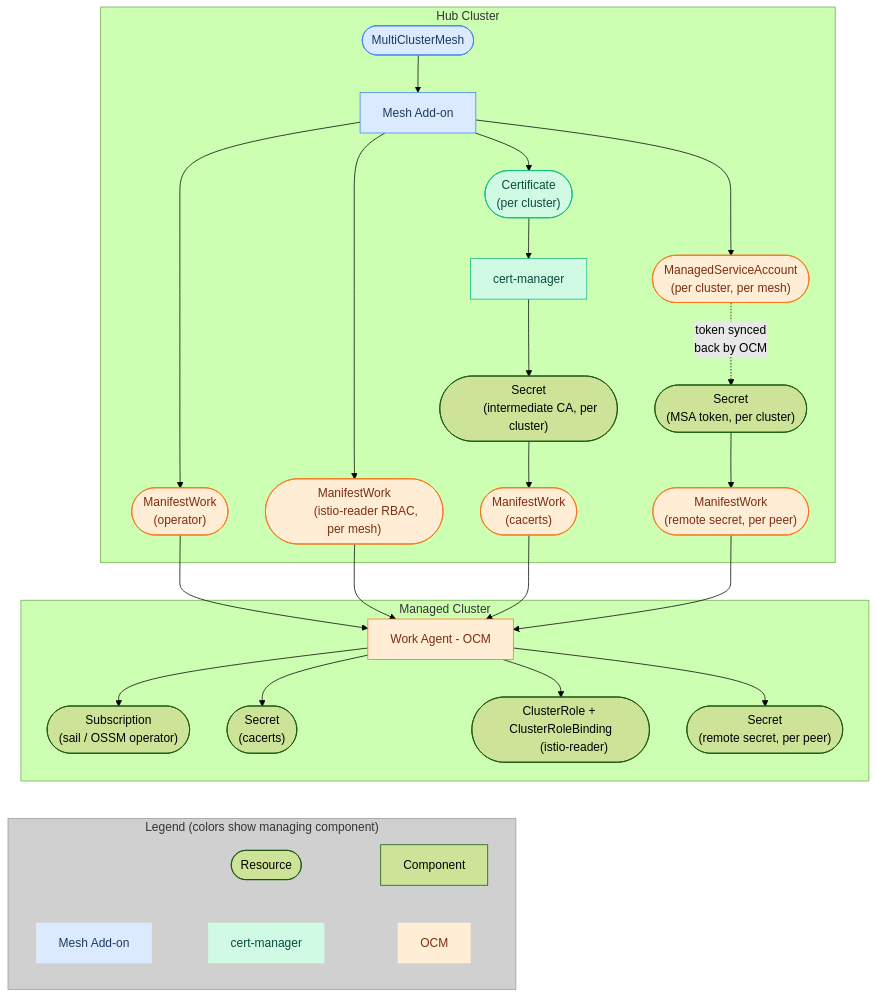
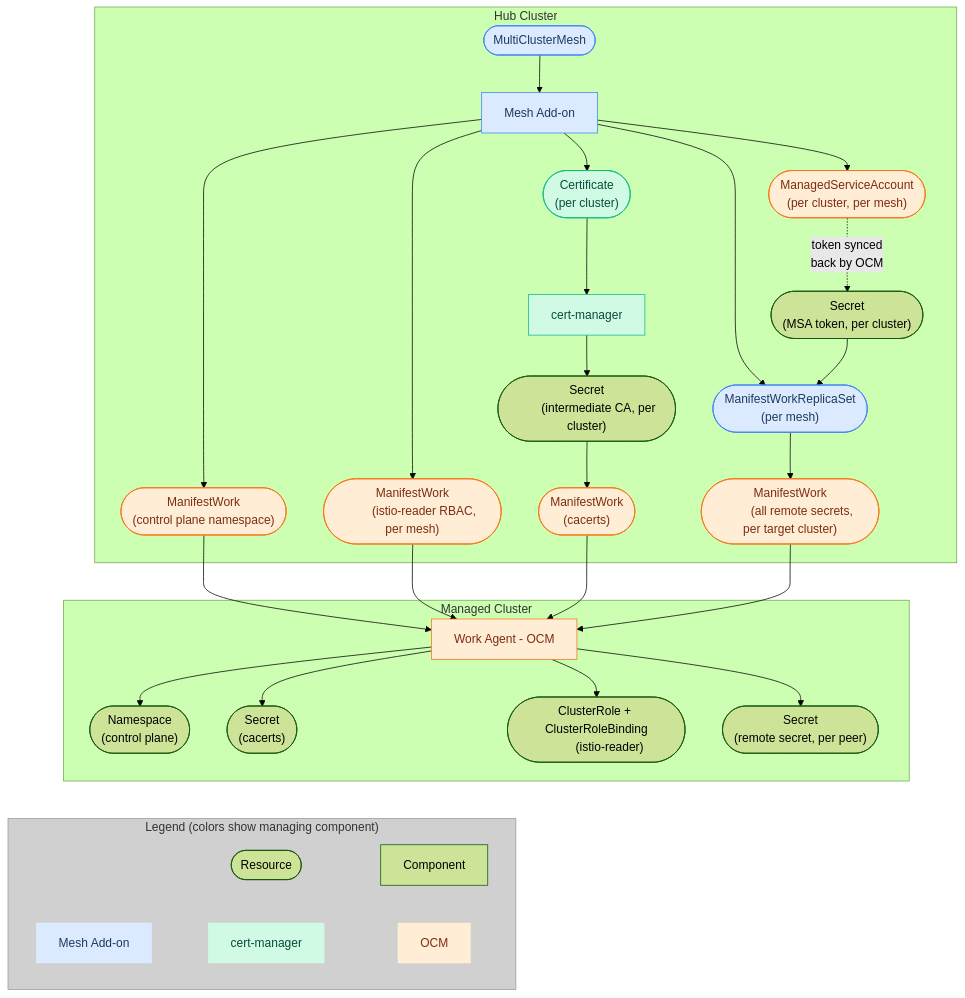
The diagram in docs/dev/design.md (stolostron/multicluster-mesh-addon), drawn with Mermaid (forest theme) before and after one commit. The commit also changed other lines of this file and 44 other files, not shown here.

First line of the commit message:
Use PlacementRef for multicluster mesh cluster selection (#286)

````diff
--- a/docs/dev/design.md
+++ b/docs/dev/design.md
@@ -40,66 +41,69 @@
 ```mermaid
 flowchart TD
     subgraph Hub Cluster
         mesh([MultiClusterMesh]) --> addon[Mesh Add-on]
         addon --> cert(["Certificate
         (per cluster)"])
         cert --> certmanager[cert-manager]
         addon --> msa(["ManagedServiceAccount
         (per cluster, per mesh)"])
         certmanager --> casecret(["Secret
         (intermediate CA, per cluster)"])
         msa -.->|"token synced
         back by OCM"| tokensecret(["Secret
         (MSA token, per cluster)"])
-        addon --> mw_operator(["ManifestWork
-        (operator)"])
+        addon --> mw_cpns(["ManifestWork
+        (control plane namespace)"])
         addon --> mw_reader(["ManifestWork
         (istio-reader RBAC, per mesh)"])
         casecret --> mw_cacerts(["ManifestWork
         (cacerts)"])
-        tokensecret --> mw_remote(["ManifestWork
-        (remote secret, per peer)"])
+        addon --> mwrs(["ManifestWorkReplicaSet
+        (per mesh)"])
+        tokensecret --> mwrs
+        mwrs --> mw_remote(["ManifestWork
+        (all remote secrets, per target cluster)"])
     end
 
     subgraph Managed Cluster
-        agent[Work Agent - OCM] --> subscription(["Subscription
-        (sail / OSSM operator)"])
+        agent[Work Agent - OCM] --> cpns(["Namespace
+        (control plane)"])
         agent --> cacerts(["Secret
         (cacerts)"])
         agent --> reader_rbac(["ClusterRole + ClusterRoleBinding
         (istio-reader)"])
         agent --> remotesecret(["Secret
         (remote secret, per peer)"])
     end
 
-    mw_operator --> agent
+    mw_cpns --> agent
     mw_reader --> agent
     mw_cacerts --> agent
     mw_remote --> agent
 
     subgraph Legend[Legend #40;colors show managing component#41;]
         L1([Resource]) ~~~ L2[Component]
         C1[Mesh Add-on]:::addon ~~~ C2[cert-manager]:::certmgr ~~~ C3[OCM]:::ocm
     end
 
     %% fake link to make legend centered
     cacerts ~~~ Legend
 
     style Legend fill:#d0d0d0,stroke:#999,color:#333
     style C1 stroke:none
     style C2 stroke:none
     style C3 stroke:none
 
     %% Mesh Add-on managed (blue)
     classDef addon fill:#dbeafe,stroke:#3b82f6,color:#1e3a5f
-    class addon,mesh addon
+    class addon,mesh,mwrs addon
 
     %% cert-manager managed (green)
     classDef certmgr fill:#d1fae5,stroke:#10b981,color:#064e3b
     class certmanager,cert certmgr
 
     %% OCM managed (orange)
     classDef ocm fill:#ffedd5,stroke:#f97316,color:#7c2d12
-    class agent,msa,mw_operator,mw_reader,mw_cacerts,mw_remote ocm
+    class agent,msa,mw_cpns,mw_reader,mw_cacerts,mw_remote ocm
 
 ```
````
